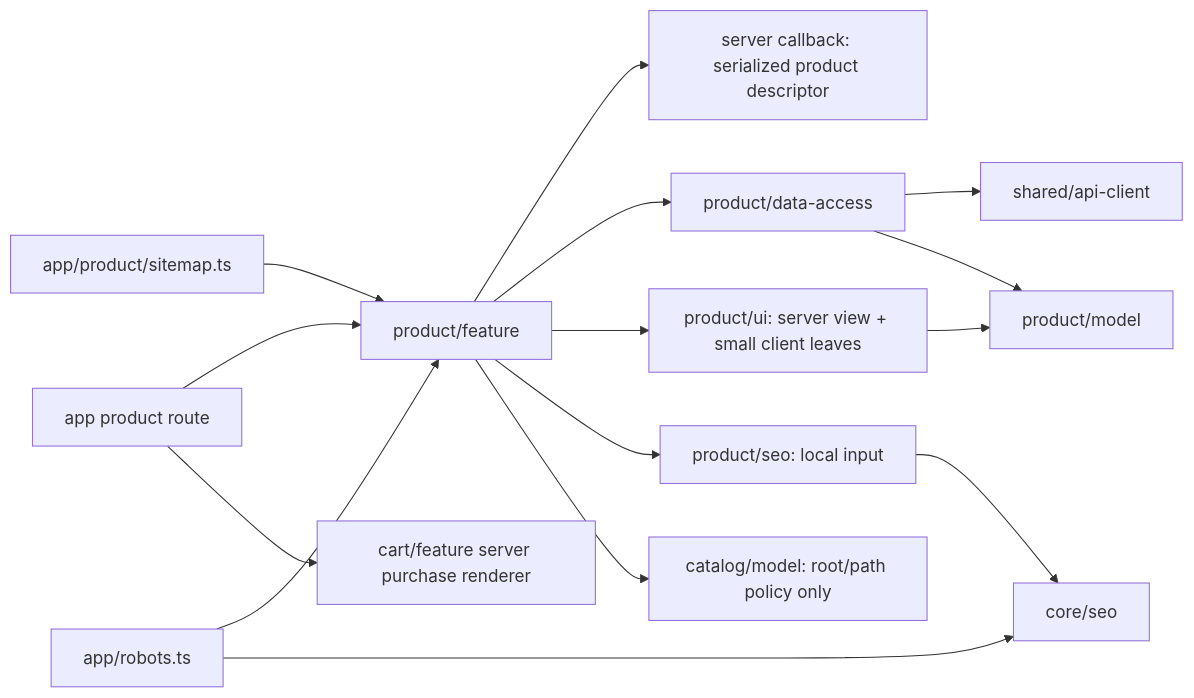
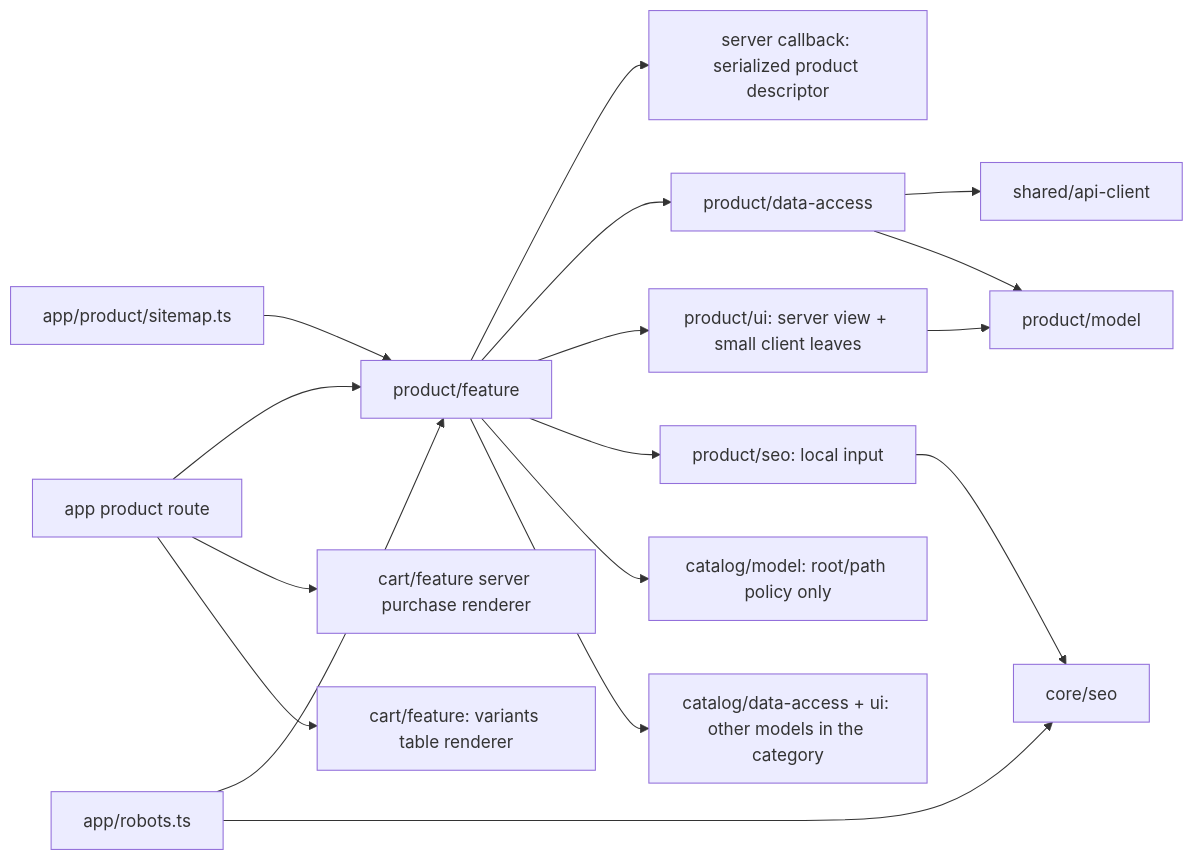
Before and after one commit to Weretik/kedr-web: the diagram in docs/features/site/product.md, drawn with Mermaid. The commit also changed other lines of this file and 85 other files, not shown here.

````diff
--- a/docs/features/site/product.md
+++ b/docs/features/site/product.md
@@ -23,14 +25,16 @@
 ```mermaid
 flowchart LR
   Route["app product route"] --> Feature["product/feature"]
   Route --> Cart["cart/feature server purchase renderer"]
   Feature --> Descriptor["server callback: serialized product descriptor"]
   Feature --> Data["product/data-access"] --> Api["shared/api-client"]
   Data --> Model["product/model"]
   Feature --> Ui["product/ui: server view + small client leaves"] --> Model
   Feature --> Seo["product/seo: local input"] --> CoreSeo["core/seo"]
   Feature --> CatalogModel["catalog/model: root/path policy only"]
+  Feature --> CatalogList["catalog/data-access + ui: other models in the category"]
+  Route --> CartBulk["cart/feature: variants table renderer"]
   Sitemap["app/product/sitemap.ts"] --> Feature
   Robots["app/robots.ts"] --> Feature
   Robots --> CoreSeo
 ```
````
